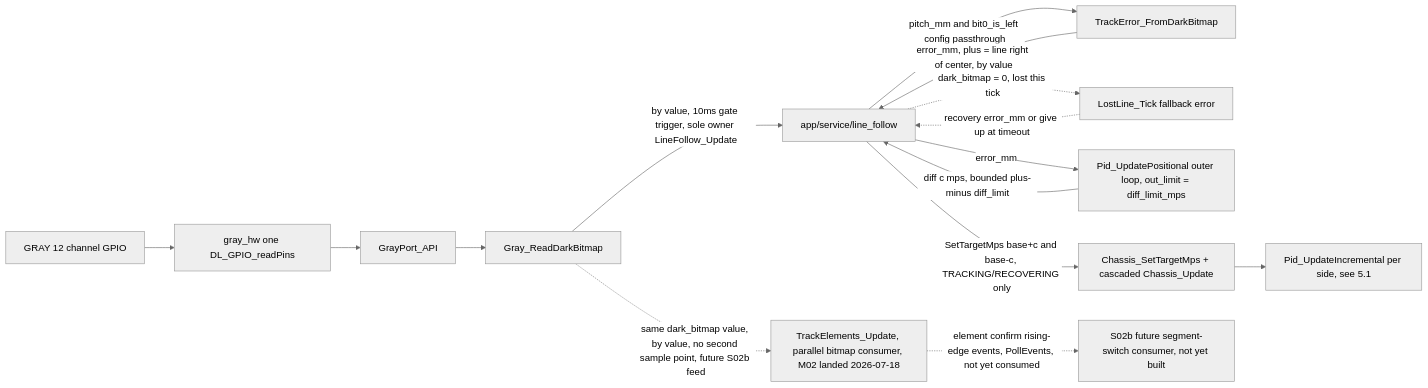
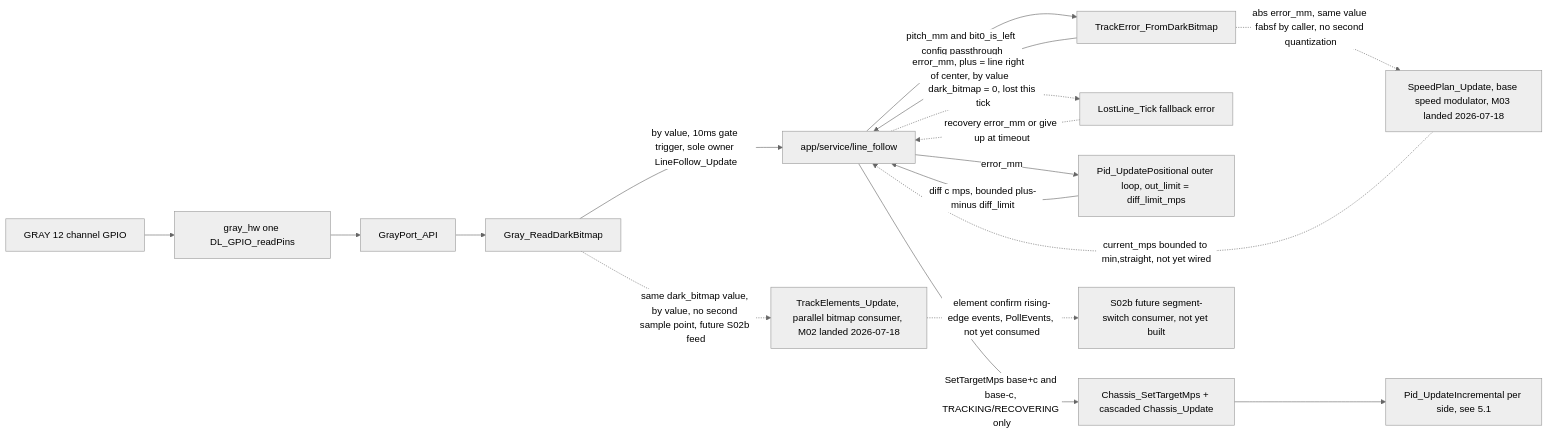
The fourth of 6 diagrams in agent/api_architecture_topology.md (AigisYangyan/2026_NUEDC), drawn with Mermaid (neutral theme) before and after one commit. The commit also changed other lines of this file and 1 other file, not shown here.

First line of the commit message:
docs: 拓扑同步 M03 —— §5.4 speed_plan 虚线消费者 + V25 + §7 覆盖 + §10 日志

````diff
--- a/agent/api_architecture_topology.md
+++ b/agent/api_architecture_topology.md
@@ -119,18 +119,21 @@
 ```mermaid
 flowchart LR
   GrayPins[GRAY 12 channel GPIO] --> GrayHw[gray_hw one DL_GPIO_readPins]
   GrayHw --> GrayPort[GrayPort_API]
   GrayPort --> Gray[Gray_ReadDarkBitmap]
   Gray -->|by value, 10ms gate trigger, sole owner LineFollow_Update| LineFollow[app/service/line_follow]
   LineFollow -->|pitch_mm and bit0_is_left config passthrough| TrackError[TrackError_FromDarkBitmap]
   TrackError -->|error_mm, plus = line right of center, by value| LineFollow
   LineFollow -.->|dark_bitmap = 0, lost this tick| LostLine[LostLine_Tick fallback error]
   LostLine -.->|recovery error_mm or give up at timeout| LineFollow
   LineFollow -->|error_mm| OuterPID[Pid_UpdatePositional outer loop, out_limit = diff_limit_mps]
   OuterPID -->|diff c mps, bounded plus-minus diff_limit| LineFollow
   LineFollow -->|SetTargetMps base+c and base-c, TRACKING/RECOVERING only| Chassis[Chassis_SetTargetMps + cascaded Chassis_Update]
   Chassis --> InnerPID[Pid_UpdateIncremental per side, see 5.1]
 
   Gray -.->|same dark_bitmap value, by value, no second sample point, future S02b feed| TrackElementsMod[TrackElements_Update, parallel bitmap consumer, M02 landed 2026-07-18]
   TrackElementsMod -.->|element confirm rising-edge events, PollEvents, not yet consumed| S02b[S02b future segment-switch consumer, not yet built]
+
+  TrackError -.->|abs error_mm, same value fabsf by caller, no second quantization| SpeedPlanMod[SpeedPlan_Update, base speed modulator, M03 landed 2026-07-18]
+  SpeedPlanMod -.->|current_mps bounded to min,straight, not yet wired| LineFollow
 ```
````
